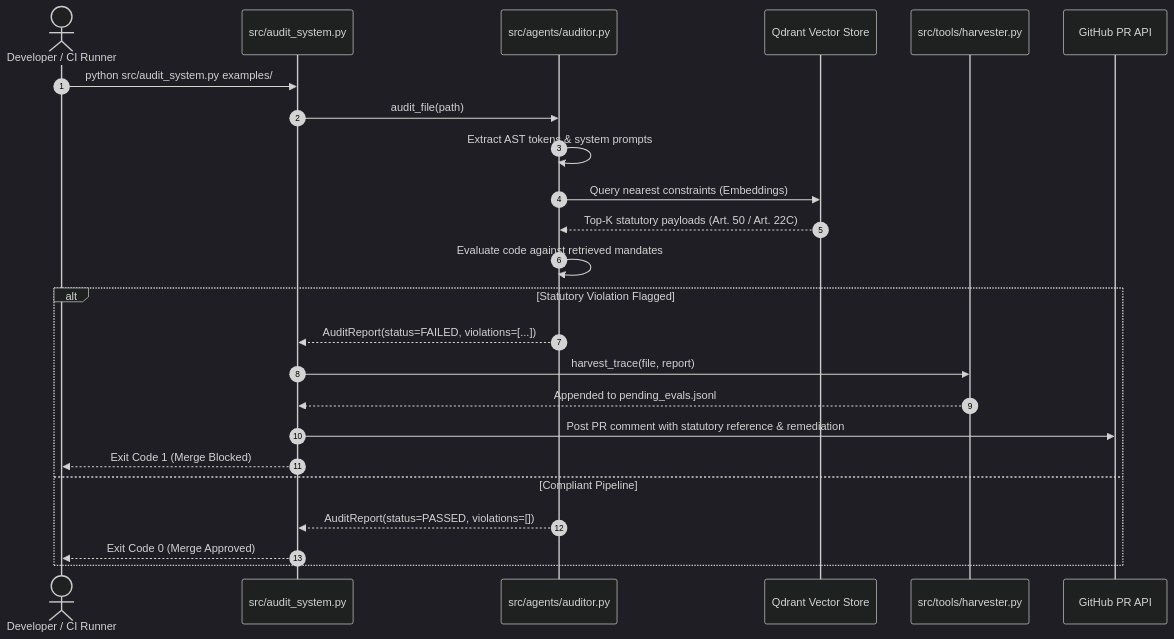
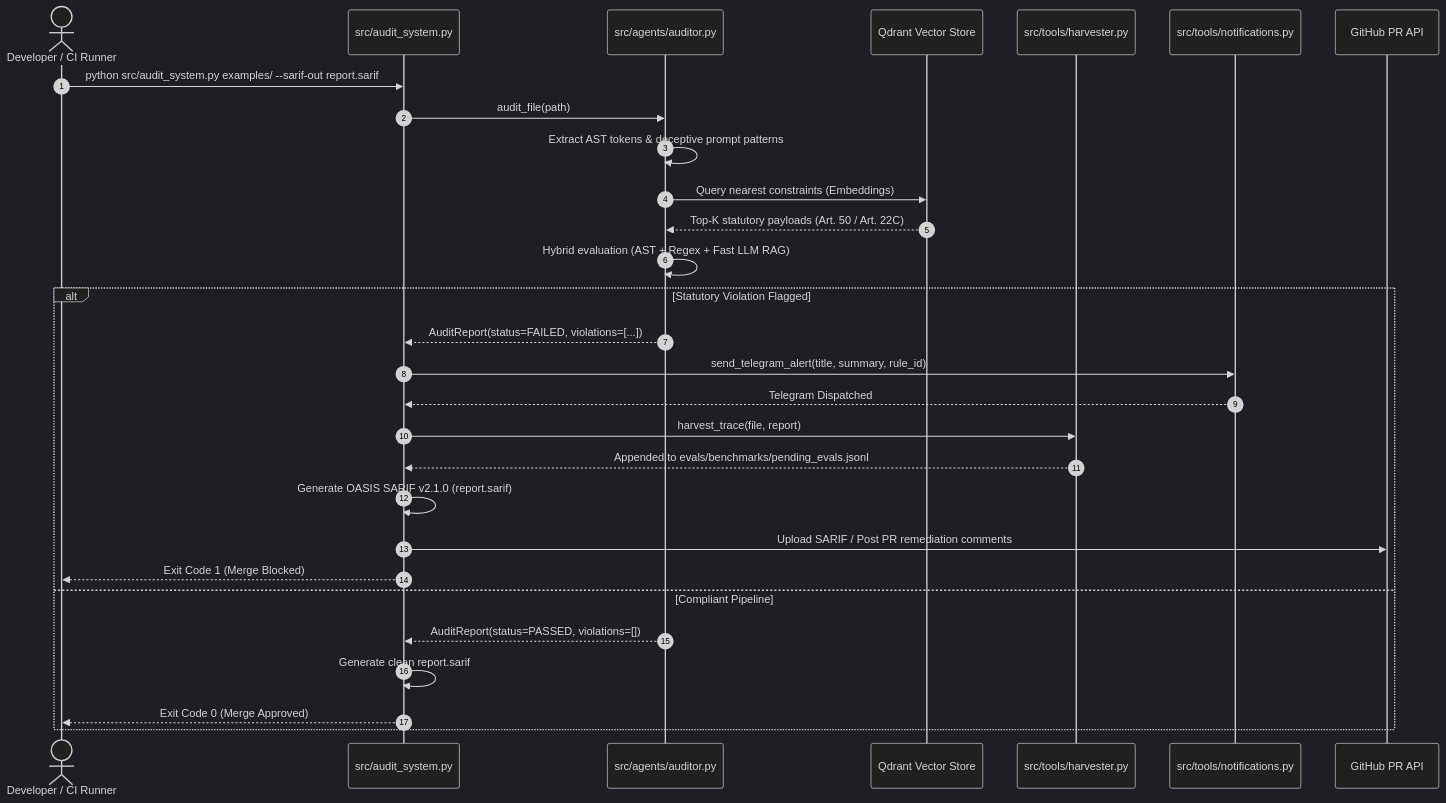
Before and after one commit to laxmitesting/ai-safety: the second of 2 diagrams in docs/ARCHITECTURE.md, drawn with Mermaid (dark theme). The commit also changed other lines of this file and 6 other files, not shown here.

````diff
--- a/docs/ARCHITECTURE.md
+++ b/docs/ARCHITECTURE.md
@@ -108,28 +124,33 @@
 ```mermaid
 sequenceDiagram
     autonumber
     actor Dev as Developer / CI Runner
     participant CLI as src/audit_system.py
     participant Audit as src/agents/auditor.py
     participant Qdrant as Qdrant Vector Store
     participant Harv as src/tools/harvester.py
+    participant Notif as src/tools/notifications.py
     participant GH as GitHub PR API
 
-    Dev->>CLI: python src/audit_system.py examples/
+    Dev->>CLI: python src/audit_system.py examples/ --sarif-out report.sarif
     CLI->>Audit: audit_file(path)
-    Audit->>Audit: Extract AST tokens & system prompts
+    Audit->>Audit: Extract AST tokens & deceptive prompt patterns
     Audit->>Qdrant: Query nearest constraints (Embeddings)
     Qdrant-->>Audit: Top-K statutory payloads (Art. 50 / Art. 22C)
-    Audit->>Audit: Evaluate code against retrieved mandates
+    Audit->>Audit: Hybrid evaluation (AST + Regex + Fast LLM RAG)
     
     alt Statutory Violation Flagged
         Audit-->>CLI: AuditReport(status=FAILED, violations=[...])
+        CLI->>Notif: send_telegram_alert(title, summary, rule_id)
+        Notif-->>CLI: Telegram Dispatched
         CLI->>Harv: harvest_trace(file, report)
-        Harv-->>CLI: Appended to pending_evals.jsonl
-        CLI->>GH: Post PR comment with statutory reference & remediation
+        Harv-->>CLI: Appended to evals/benchmarks/pending_evals.jsonl
+        CLI->>CLI: Generate OASIS SARIF v2.1.0 (report.sarif)
+        CLI->>GH: Upload SARIF / Post PR remediation comments
         CLI-->>Dev: Exit Code 1 (Merge Blocked)
     else Compliant Pipeline
         Audit-->>CLI: AuditReport(status=PASSED, violations=[])
+        CLI->>CLI: Generate clean report.sarif
         CLI-->>Dev: Exit Code 0 (Merge Approved)
     end
 ```
````
